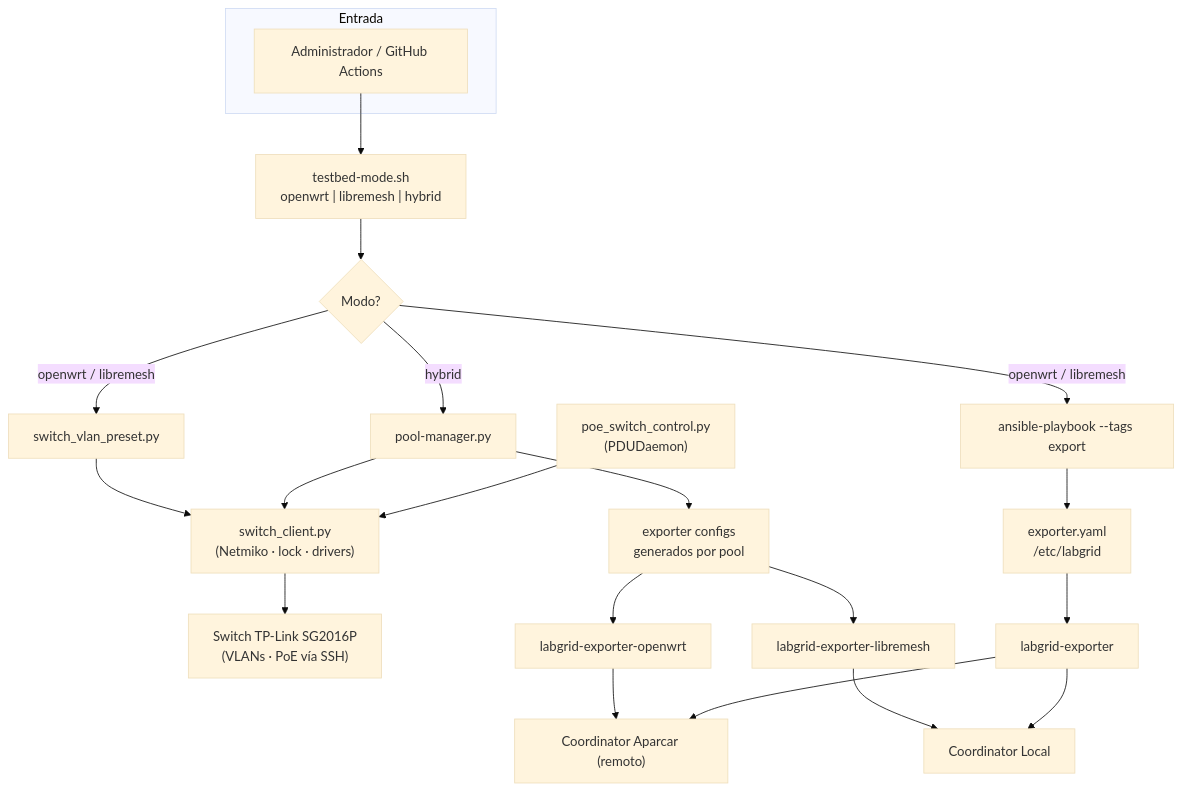
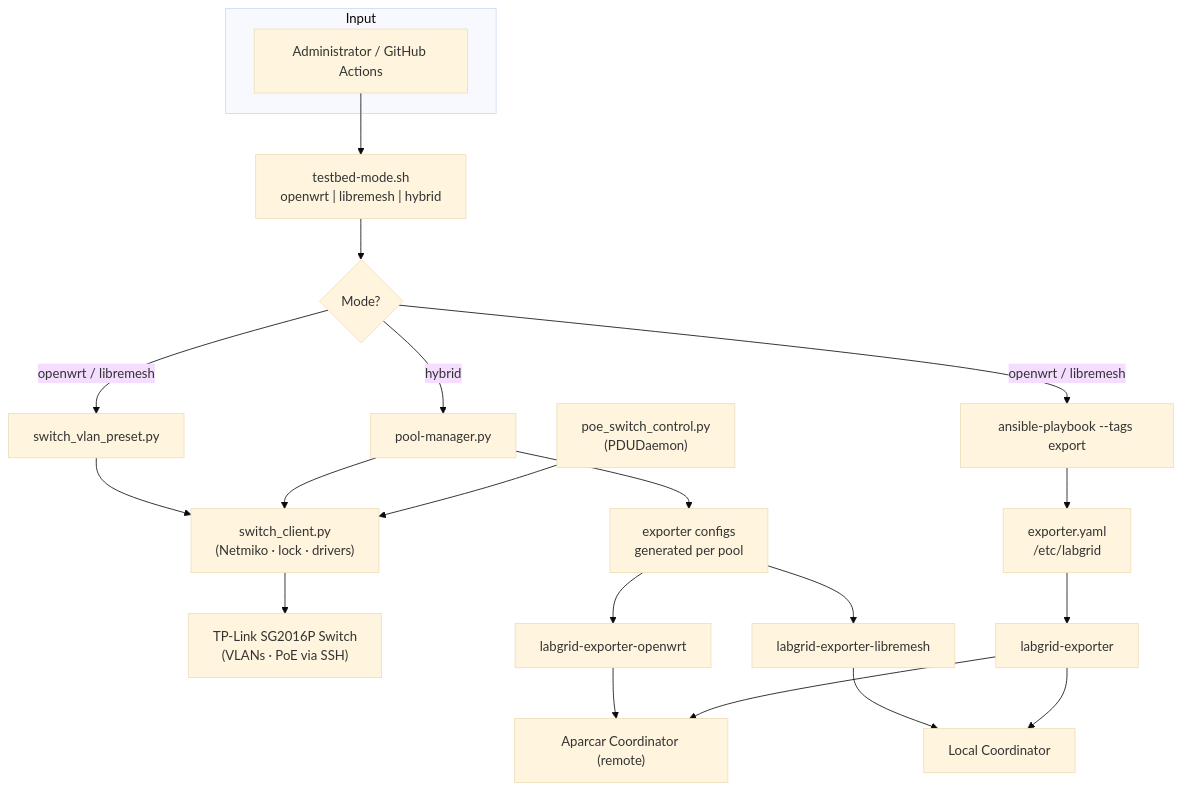
Before and after one commit to ccasanueva7/fcefyn_testbed_utils: the second of 2 diagrams in docs/diseno/hybrid-lab-proposal.md, drawn with Mermaid (base theme). The commit also changed other lines of this file, not shown here.

````diff
--- a/docs/diseno/hybrid-lab-proposal.md
+++ b/docs/diseno/hybrid-lab-proposal.md
@@ -167,29 +167,29 @@
 ```mermaid
 flowchart TD
-    subgraph Admin["Entrada"]
-        A["Administrador / GitHub Actions"]
+    subgraph Admin["Input"]
+        A["Administrator / GitHub Actions"]
     end
 
     A --> B["testbed-mode.sh\nopenwrt | libremesh | hybrid"]
-    B --> C{Modo?}
+    B --> C{Mode?}
 
     C -->|openwrt / libremesh| D["switch_vlan_preset.py"]
     C -->|openwrt / libremesh| E["ansible-playbook --tags export"]
     C -->|hybrid| F["pool-manager.py"]
 
     D --> SC["switch_client.py\n(Netmiko · lock · drivers)"]
     F --> SC
     P["poe_switch_control.py\n(PDUDaemon)"] --> SC
-    SC --> G["Switch TP-Link SG2016P\n(VLANs · PoE vía SSH)"]
-    F --> H["exporter configs\ngenerados por pool"]
+    SC --> G["TP-Link SG2016P Switch\n(VLANs · PoE via SSH)"]
+    F --> H["exporter configs\ngenerated per pool"]
     H --> I["labgrid-exporter-openwrt"]
     H --> J["labgrid-exporter-libremesh"]
 
     E --> K["exporter.yaml\n/etc/labgrid"]
     K --> L["labgrid-exporter"]
 
-    I --> M["Coordinator Aparcar (remoto)"]
-    J --> N["Coordinator Local"]
+    I --> M["Aparcar Coordinator (remote)"]
+    J --> N["Local Coordinator"]
     L --> M
     L --> N
 ```
````
